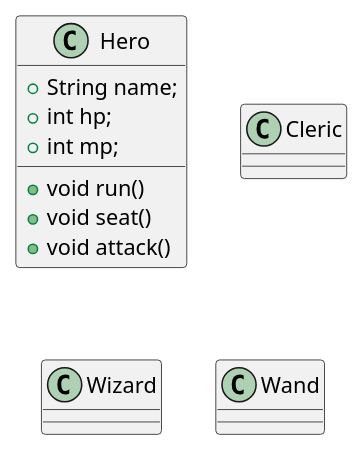
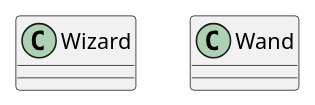
One commit to SurvivalCodingCampus/gangnam3-java-oop changed the diagram in src/main/java/com/survivalcoding/day01_class_instance/game.puml. Above: the diagram before and after it, drawn with PlantUML. The commit also changed 1 other file, not shown here.

```diff
--- a/src/main/java/com/survivalcoding/day01_class_instance/game.puml
+++ b/src/main/java/com/survivalcoding/day01_class_instance/game.puml
@@ -1,22 +1,11 @@
 @startuml
 scale 1
 
-class Hero {
-    + String name;
-    + int hp;
-    + int mp;
-    + void run()
-    + void seat()
-    + void attack()
-}
-
-class Cleric {
-}
 
 class Wizard {
 }
 
 class Wand {
 }
 
 @enduml
```
